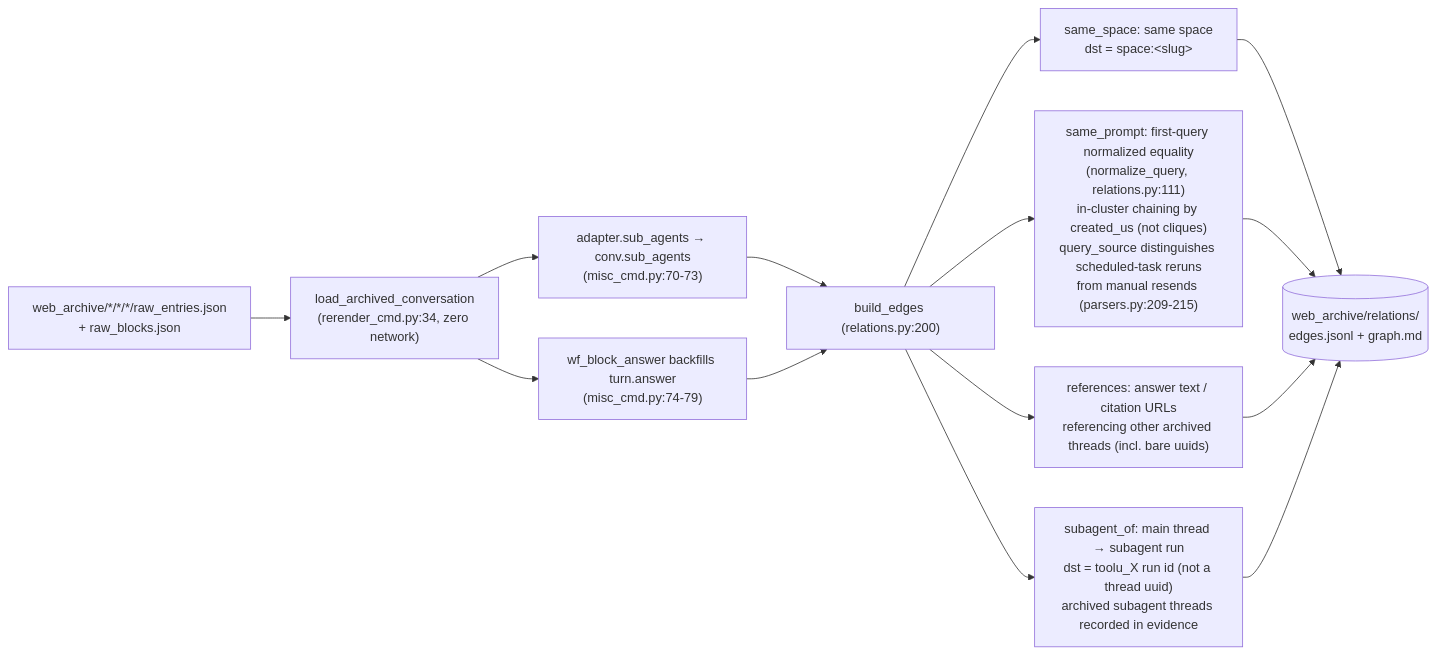
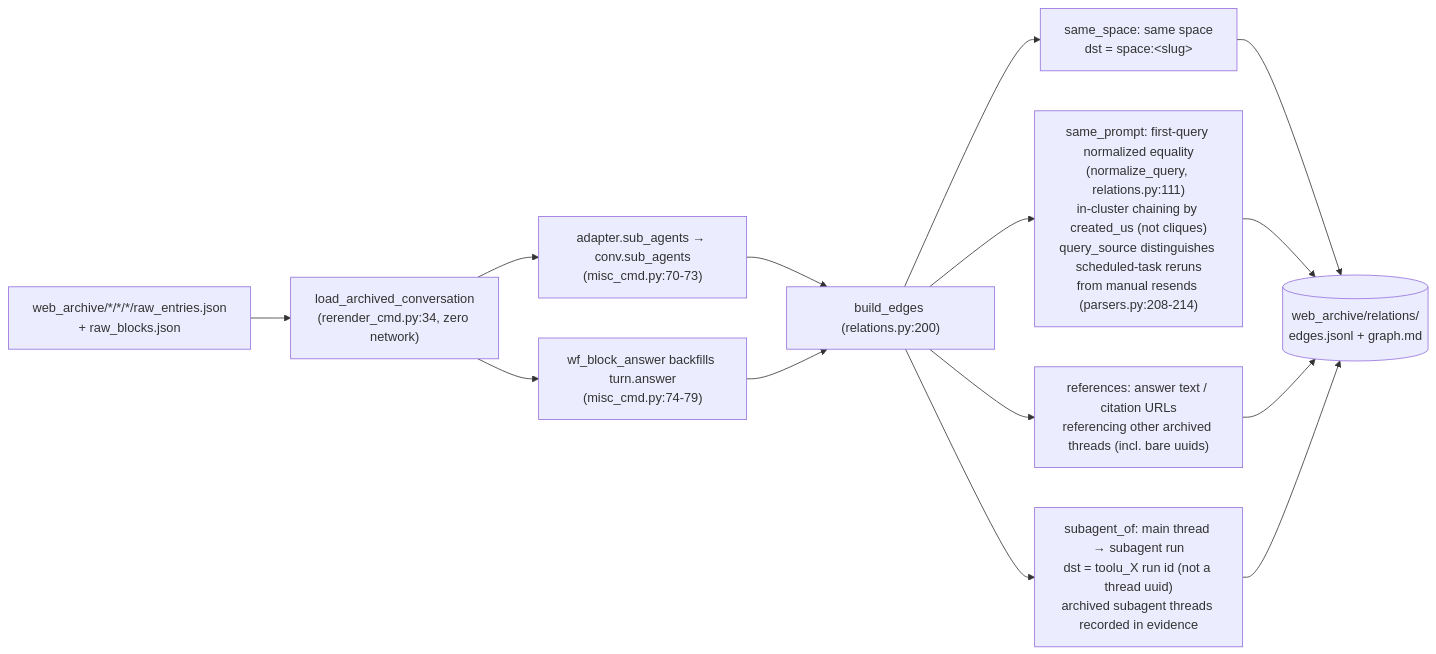
The second of 4 diagrams in docs/architecture/offline-operations.md (Yiksing/pplx-tools), drawn with Mermaid before and after one commit. The commit also changed other lines of this file and 54 other files, not shown here.

````diff
--- a/docs/architecture/offline-operations.md
+++ b/docs/architecture/offline-operations.md
@@ -62,16 +62,16 @@
 ```mermaid
 flowchart LR
     RAW["web_archive/*/*/*/raw_entries.json<br/>+ raw_blocks.json"] --> LA["load_archived_conversation<br/>(rerender_cmd.py:34, zero network)"]
     LA --> SUB["adapter.sub_agents → conv.sub_agents<br/>(misc_cmd.py:70-73)"]
     LA --> FB["wf_block_answer backfills turn.answer<br/>(misc_cmd.py:74-79)"]
     SUB --> BE["build_edges (relations.py:200)"]
     FB --> BE
     BE --> SS["same_space: same space<br/>dst = space:&lt;slug&gt;"]
-    BE --> SP["same_prompt: first-query normalized equality<br/>(normalize_query, relations.py:111)<br/>in-cluster chaining by created_us (not cliques)<br/>query_source distinguishes scheduled-task reruns<br/>from manual resends (parsers.py:209-215)"]
+    BE --> SP["same_prompt: first-query normalized equality<br/>(normalize_query, relations.py:111)<br/>in-cluster chaining by created_us (not cliques)<br/>query_source distinguishes scheduled-task reruns<br/>from manual resends (parsers.py:208-214)"]
     BE --> RF["references: answer text / citation URLs<br/>referencing other archived threads (incl. bare uuids)"]
     BE --> SA["subagent_of: main thread → subagent run<br/>dst = toolu_X run id (not a thread uuid)<br/>archived subagent threads recorded in evidence"]
     SS --> OUT[("web_archive/relations/<br/>edges.jsonl + graph.md")]
     SP --> OUT
     RF --> OUT
     SA --> OUT
 ```
````
